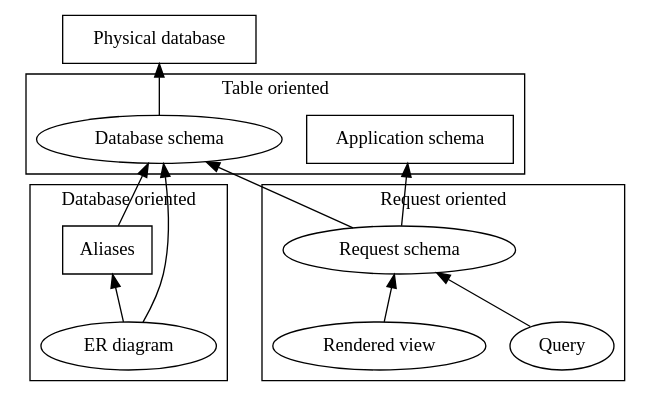
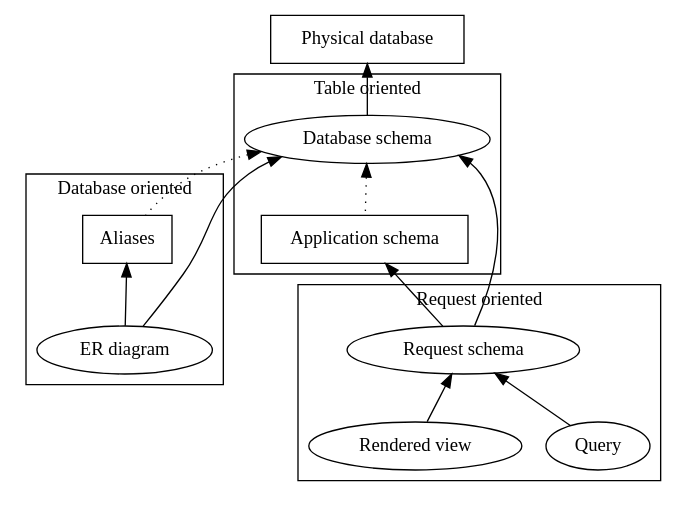
Before and after one commit to sagittar-org/pieni: the diagram in misc/dependency.dot, drawn with Graphviz.

Commit message:
2018-05-01 17:53:11

```diff
--- a/misc/dependency.dot
+++ b/misc/dependency.dot
@@ -1,40 +1,41 @@
 digraph database_schema {
 	rankdir=TB;
 
 	subgraph cluster_database_oriented {
 		label = "Database oriented";
 		aliases;
 		er_diagram;
 	}
 
 	subgraph cluster_table_oriented {
 		label = "Table oriented";
 		database_schema;
 		application_schema;
 	}
 
 	subgraph cluster_request_oriented {
 		label = "Request oriented";
 		request_schema;
 		rendered_view;
 		query;
 	}
 
 	physical_database [label="Physical database" shape="rect"];
 	database_schema [label="Database schema"];
 	aliases [label="Aliases" shape="rect"];
 	er_diagram [label="ER diagram"];
 	application_schema [label="Application schema" shape="rect"];
 	request_schema [label="Request schema"];
 	rendered_view [label="Rendered view"];
 	query [label="Query"];
 
 	physical_database -> database_schema [dir="back"];
-	database_schema -> aliases [dir="back"];
+	database_schema -> aliases [dir="back" style="dotted"];
 	database_schema -> er_diagram [dir="back"];
+	database_schema -> application_schema [dir="back" style="dotted"];
 	aliases -> er_diagram [dir="back"];
 	database_schema -> request_schema [dir="back"];
 	application_schema -> request_schema [dir="back"];
 	request_schema -> rendered_view [dir="back"];
 	request_schema -> query [dir="back"];
 }
```
